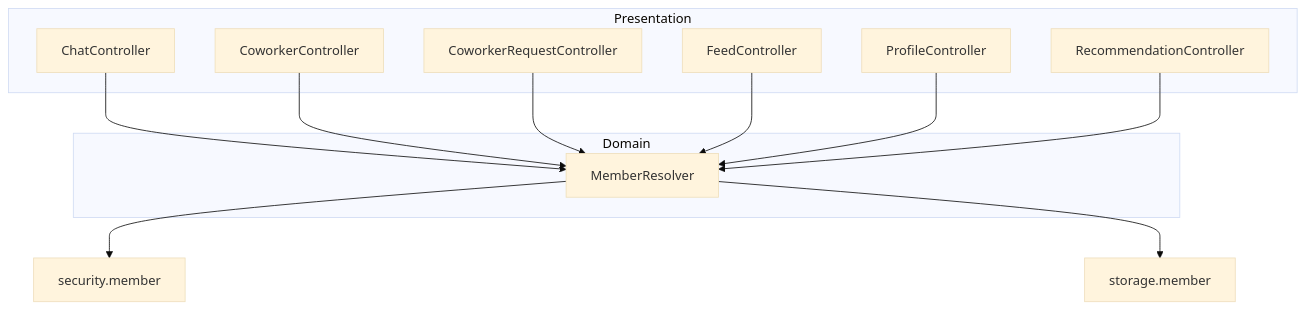
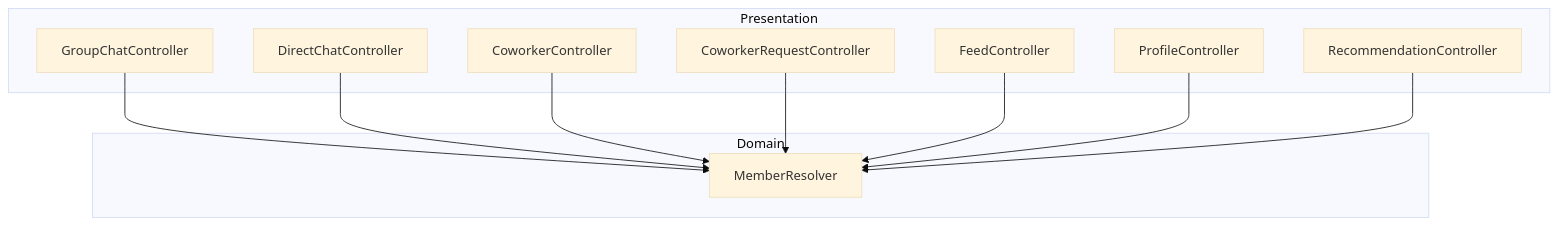
Before and after one commit to mortonCareer/bconnect: the third of 6 diagrams in apps/api/docs/project-structure.md, drawn with Mermaid (base theme). The commit also changed other lines of this file and 104 other files, not shown here.

````diff
--- a/apps/api/docs/project-structure.md
+++ b/apps/api/docs/project-structure.md
@@ -117,23 +86,23 @@
 ```mermaid
 graph TD
   subgraph Presentation
-    ChatC[ChatController]
+    GChatC[GroupChatController]
+    DChatC[DirectChatController]
     CowC[CoworkerController]
     CowRC[CoworkerRequestController]
     FeedC[FeedController]
     ProfC[ProfileController]
     RecC[RecommendationController]
   end
   subgraph Domain
     MemR[MemberResolver]
   end
 
-  ChatC --> MemR
+  GChatC --> MemR
+  DChatC --> MemR
   CowC --> MemR
   CowRC --> MemR
   FeedC --> MemR
   ProfC --> MemR
   RecC --> MemR
-  MemR --> Member["security.member"]
-  MemR --> Repo["storage.member"]
 ```
````
